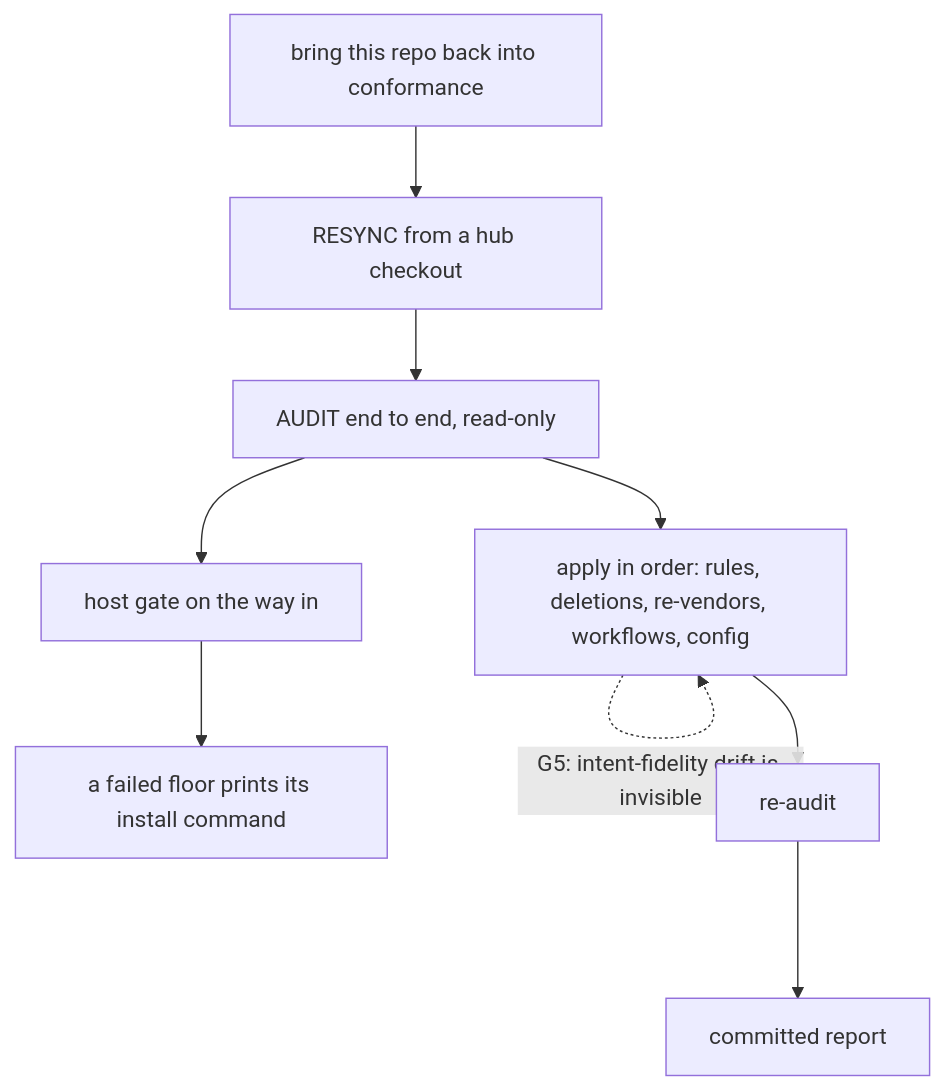
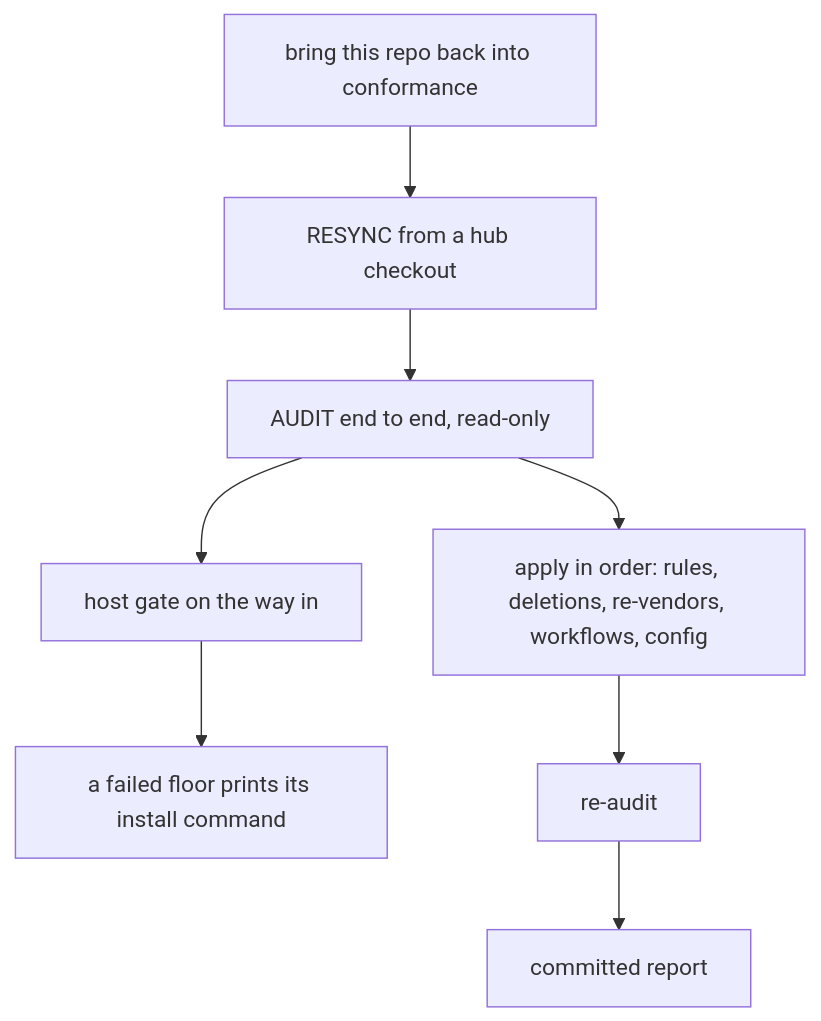
The fourth of 7 diagrams in docs/fleet-map.md (ptr727/ProjectTemplate), drawn with Mermaid before and after one commit. The commit also changed other lines of this file and 9 other files, not shown here.

````diff
--- a/docs/fleet-map.md
+++ b/docs/fleet-map.md
@@ -106,11 +106,9 @@
 ```mermaid
 flowchart TD
   ask["bring this repo back into conformance"] --> resync["RESYNC from a hub checkout"]
   resync --> audit["AUDIT end to end, read-only"]
   audit --> apply["apply in order: rules, deletions, re-vendors, workflows, config"]
-  apply -.->|"G4: deleted paths live on in prose"| apply
-  apply -.->|"G5: intent-fidelity drift is invisible"| apply
   audit --> hostcheck["host gate on the way in"]
   hostcheck --> remedy["a failed floor prints its install command"]
   apply --> reaudit["re-audit"] --> report["committed report"]
 ```
````
